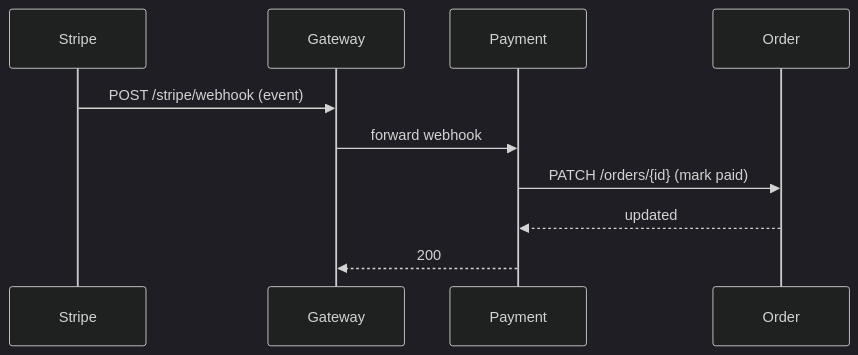
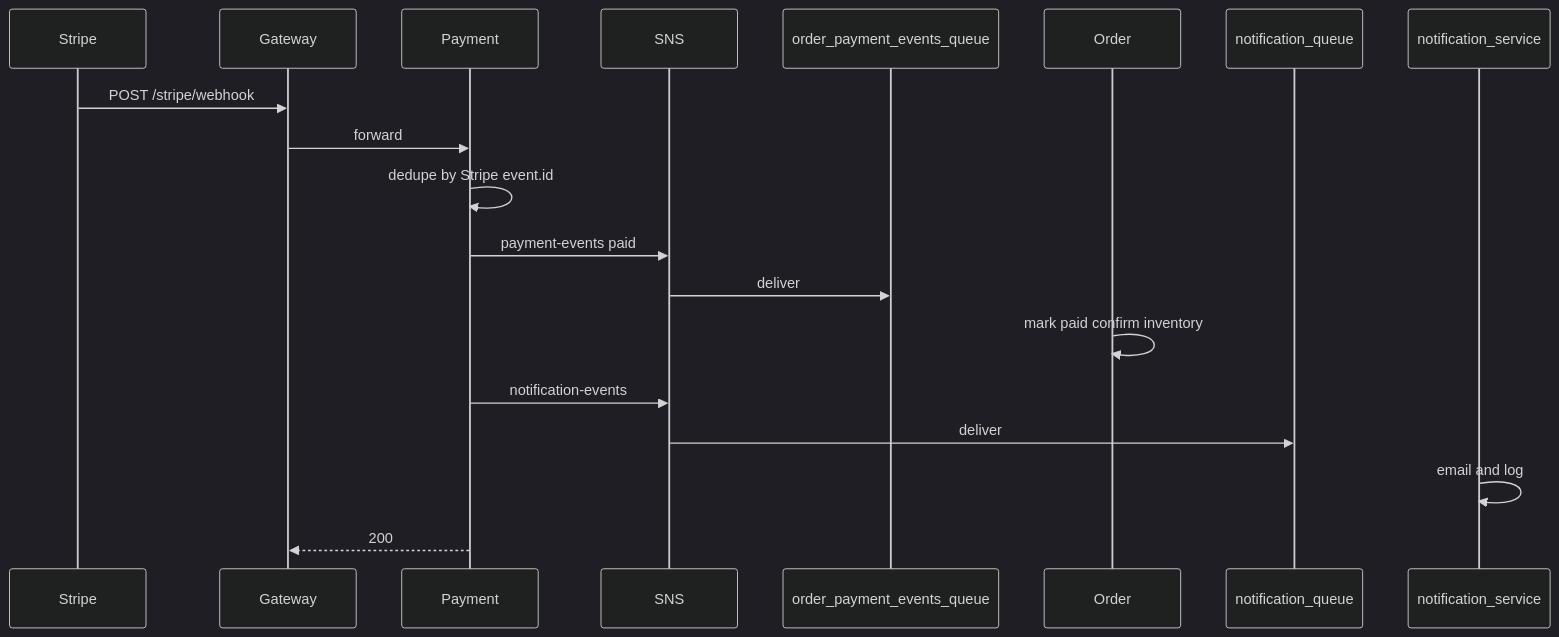
Before and after one commit to yashrajoria/E-Commerce-backend: the third of 3 diagrams in backend/docs/architecture.md, drawn with Mermaid (dark theme). The commit also changed other lines of this file and 130 other files, not shown here.

````diff
--- a/backend/docs/architecture.md
+++ b/backend/docs/architecture.md
@@ -131,12 +138,22 @@
 ```mermaid
 sequenceDiagram
   participant Stripe
   participant Gateway
   participant Payment
+  participant SNS
+  participant OrderSQS as order_payment_events_queue
   participant Order
-  Stripe->>Gateway: POST /stripe/webhook (event)
-  Gateway->>Payment: forward webhook
-  Payment->>Order: PATCH /orders/{id} (mark paid)
-  Order-->>Payment: updated
+  participant NotifQ as notification_queue
+  participant Notif as notification_service
+
+  Stripe->>Gateway: POST /stripe/webhook
+  Gateway->>Payment: forward
+  Payment->>Payment: dedupe by Stripe event.id
+  Payment->>SNS: payment-events paid
+  SNS->>OrderSQS: deliver
+  Order->>Order: mark paid confirm inventory
+  Payment->>SNS: notification-events
+  SNS->>NotifQ: deliver
+  Notif->>Notif: email and log
   Payment-->>Gateway: 200
 ```
````
